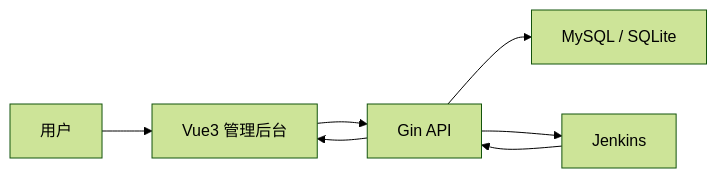
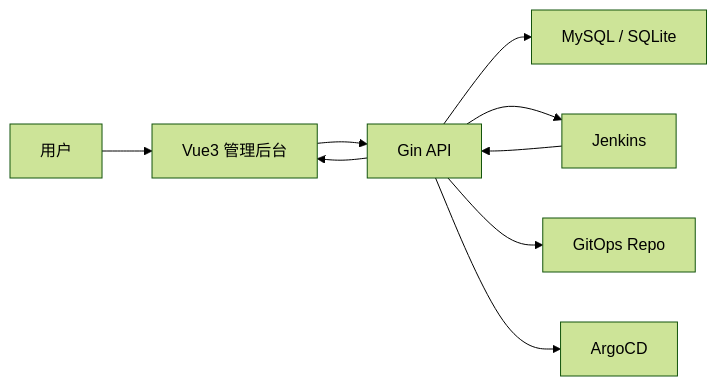
One commit to yl1664907302/gos changed the diagram in README.md. Above: the diagram before and after it, drawn with Mermaid (forest theme). The commit also changed other lines of this file and 15 other files, not shown here.

````diff
--- a/README.md
+++ b/README.md
@@ -56,9 +69,11 @@
 ```mermaid
 flowchart LR
     U["用户"] --> F["Vue3 管理后台"]
     F --> B["Gin API"]
     B --> D["MySQL / SQLite"]
     B --> J["Jenkins"]
+    B --> G["GitOps Repo"]
+    B --> A["ArgoCD"]
     J --> B
     B --> F
 ```
````
